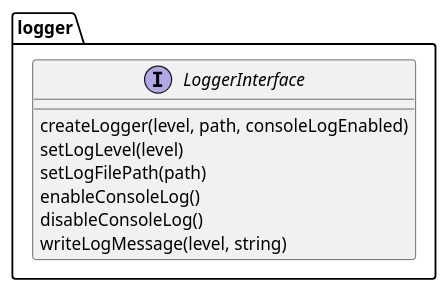
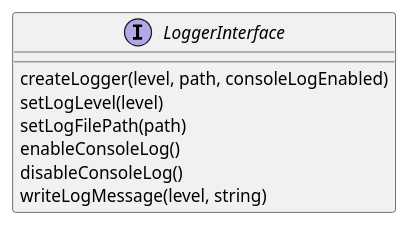
One commit to vargab95/mlibs changed the diagram in design/external_view/interfaces/logger.puml. Above: the diagram before and after it, drawn with PlantUML. The commit also changed 3 other files, not shown here.

```diff
--- a/design/external_view/interfaces/logger.puml
+++ b/design/external_view/interfaces/logger.puml
@@ -1,14 +1,12 @@
 @startuml
 
-package "logger" {
-  interface "LoggerInterface" {
-    createLogger(level, path, consoleLogEnabled)
-    setLogLevel(level)
-    setLogFilePath(path)
-    enableConsoleLog()
-    disableConsoleLog()
-    writeLogMessage(level, string)
-  }
+interface "LoggerInterface" {
+  createLogger(level, path, consoleLogEnabled)
+  setLogLevel(level)
+  setLogFilePath(path)
+  enableConsoleLog()
+  disableConsoleLog()
+  writeLogMessage(level, string)
 }
 
 @enduml
```
